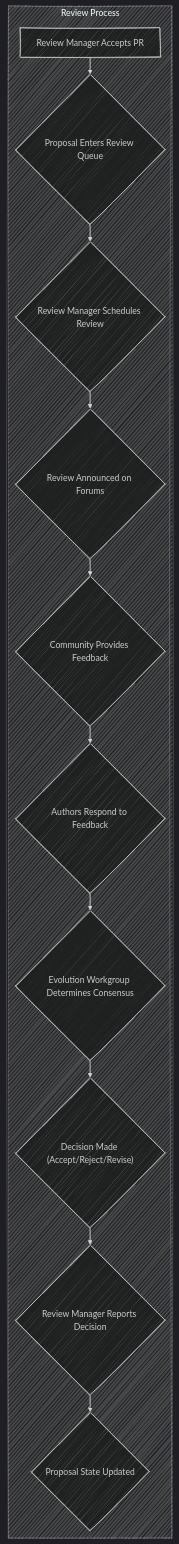
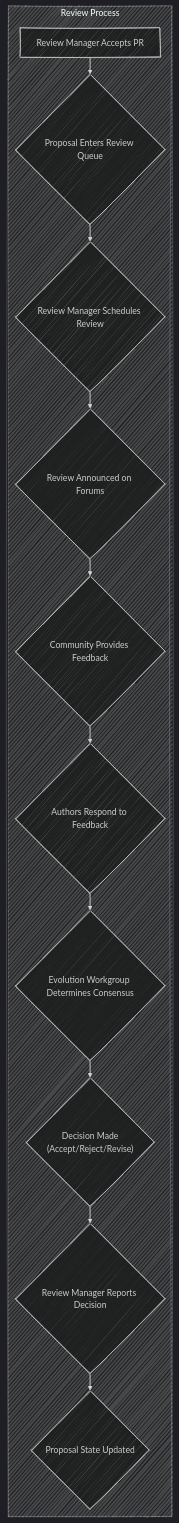
The sixth of 9 diagrams in Swift_Language/Swift Evolution Process.md (CongLeSolutionX/iOS-development-vault), drawn with Mermaid before and after one commit. The commit also changed other lines of this file, not shown here.

````diff
--- a/Swift_Language/Swift Evolution Process.md
+++ b/Swift_Language/Swift Evolution Process.md
@@ -155,22 +145,22 @@
 ```mermaid
 ---
 config:
   layout: elk
   look: handDrawn
   theme: dark
 ---
 flowchart LR
-    subgraph Review Process
+    subgraph Review_Process["Review Process"]
         direction TB
         A[Review Manager Accepts PR] --> B{Proposal Enters Review Queue};
         B --> C{Review Manager Schedules Review};
         C --> D{Review Announced on Forums};
         D --> E{Community Provides Feedback};
         E --> F{Authors Respond to Feedback};
         F --> G{Evolution Workgroup Determines Consensus};
-        G --> H{"Decision Made (Accept/Reject/Revise)"};
+        G --> H{"Decision Made <br> (Accept/Reject/Revise)"};
         H --> I{Review Manager Reports Decision};
         I --> J{Proposal State Updated};
     end
     
 ```
````
